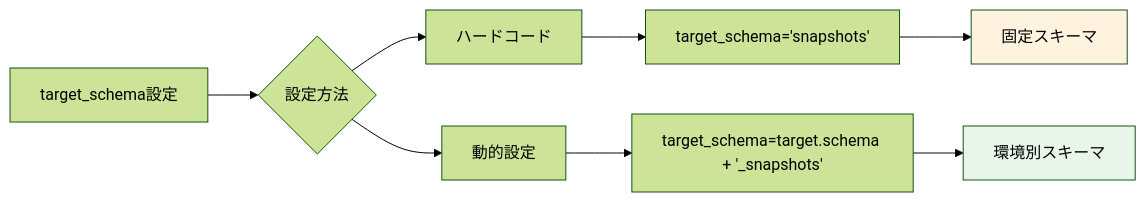
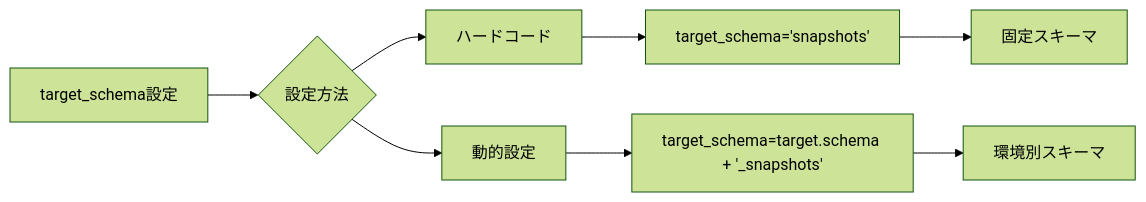
The eighth of 14 diagrams in content/Tech/dbt/categories/snapshot-config.md (1210yuichi0/1210yuichi0.github.io), drawn with Mermaid (forest theme) before and after one commit. The commit also changed other lines of this file and 22 other files, not shown here.

First line of the commit message:
style: remove Mermaid style directives for dark mode compatibility

````diff
--- a/content/Tech/dbt/categories/snapshot-config.md
+++ b/content/Tech/dbt/categories/snapshot-config.md
@@ -850,16 +831,14 @@
 ```mermaid
 flowchart LR
     A[target_schema設定] --> B{設定方法}
 
     B --> C[ハードコード]
     B --> D[動的設定]
 
     C --> E["target_schema='snapshots'"]
     D --> F["target_schema=target.schema + '_snapshots'"]
 
     E --> G[固定スキーマ]
     F --> H[環境別スキーマ]
 
-    style G fill:#fff3e0
-    style H fill:#e8f5e9
 ```
````
